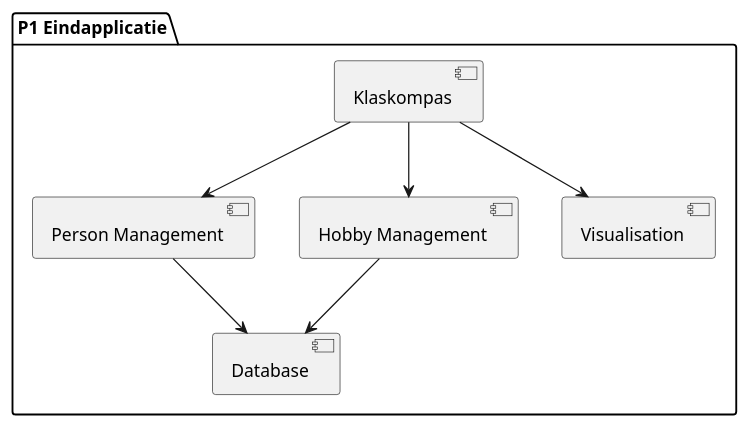
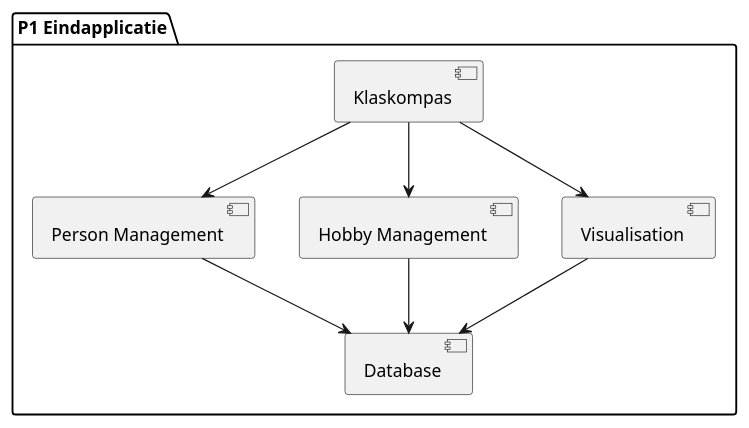
Before and after one commit to bartvanderwal/P1-Eindapplicatie: the diagram in documentatie/SDD/Component diagram.puml, drawn with PlantUML.

Commit message:
fix visualisation-db

```diff
--- a/documentatie/SDD/Component diagram.puml
+++ b/documentatie/SDD/Component diagram.puml
@@ -2,9 +2,10 @@
 @startuml
 package "P1 Eindapplicatie" {
   [Klaskompas] --> [Person Management]
   [Klaskompas] --> [Hobby Management]
   [Klaskompas] --> [Visualisation]
   [Person Management] --> [Database]
   [Hobby Management] --> [Database]
+  [Visualisation] --> [Database]
 }
 @enduml
```
